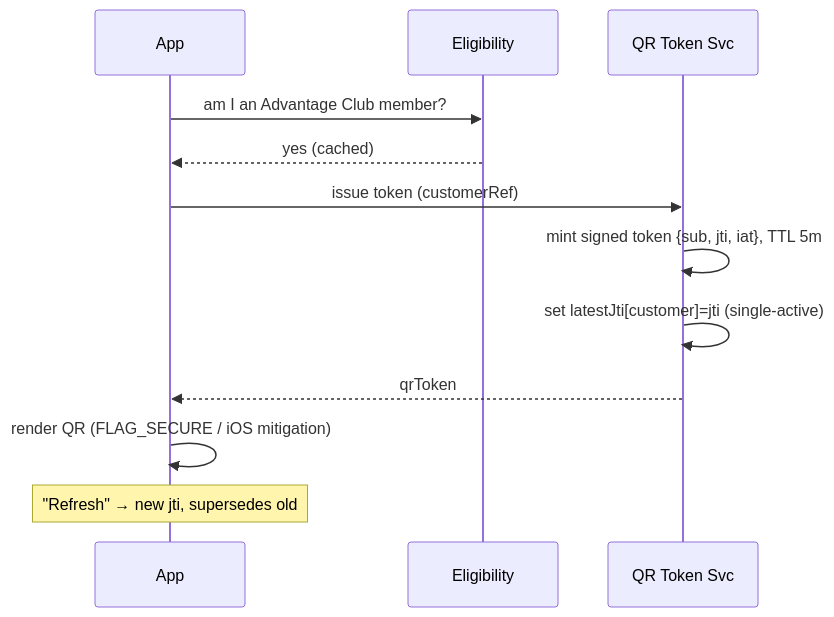
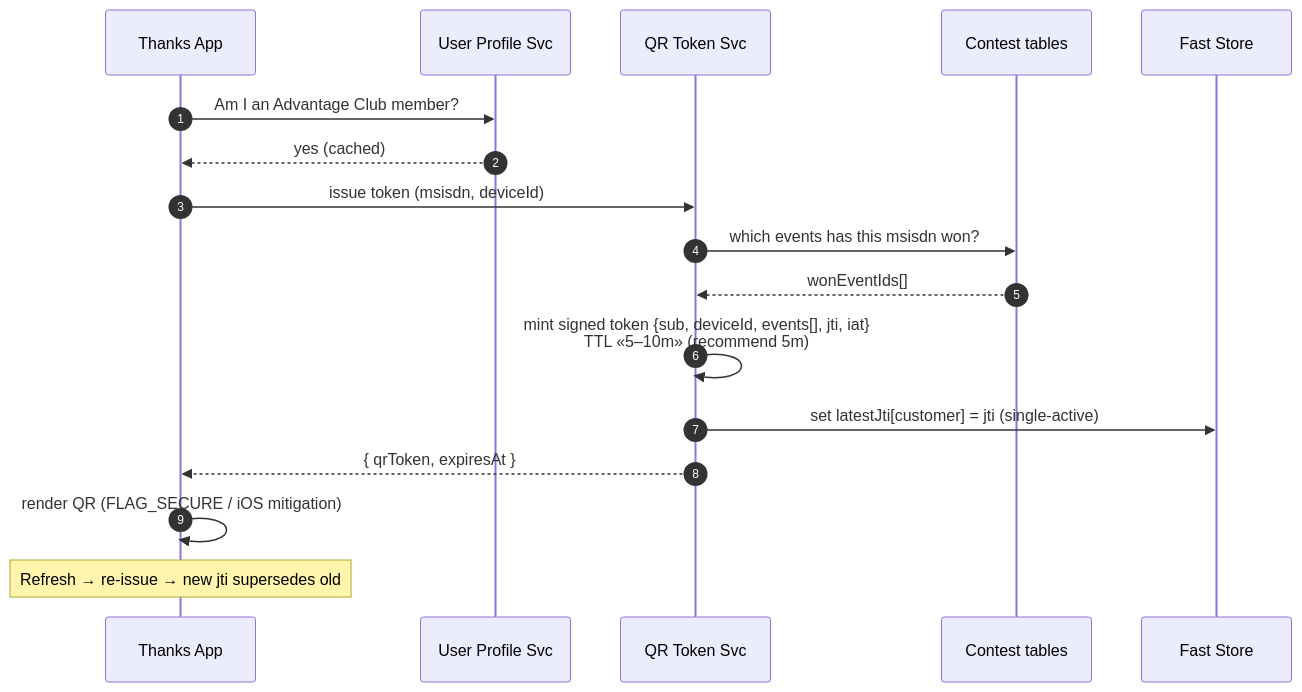
One commit to Amitpawar503/lazzy changed the sixth of 14 diagrams in docs/digital-membership/03-hld.md. Above: the diagram before and after it, drawn with Mermaid. The commit also changed other lines of this file and 4 other files, not shown here.

First line of the commit message:
docs: revise HLD/LLD per review — drop OTP, MSISDN-only whitelist, won-events in QR, contest tables

````diff
--- a/docs/digital-membership/03-hld.md
+++ b/docs/digital-membership/03-hld.md
@@ -92,14 +294,22 @@
 ```mermaid
 sequenceDiagram
-  participant App
-  participant Elig as Eligibility
+  autonumber
+  participant App as Thanks App
+  participant UP as User Profile Svc
   participant QRS as QR Token Svc
-  App->>Elig: am I an Advantage Club member?
-  Elig-->>App: yes (cached)
-  App->>QRS: issue token (customerRef)
-  QRS->>QRS: mint signed token {sub, jti, iat}, TTL 5m
-  QRS->>QRS: set latestJti[customer]=jti (single-active)
-  QRS-->>App: qrToken
+  participant CON as Contest tables
+  participant Store as Fast Store
+
+  App->>UP: Am I an Advantage Club member?
+  UP-->>App: yes (cached)
+
+  App->>QRS: issue token (msisdn, deviceId)
+  QRS->>CON: which events has this msisdn won?
+  CON-->>QRS: wonEventIds[]
+  QRS->>QRS: mint signed token {sub, deviceId, events[], jti, iat}<br/>TTL «5–10m» (recommend 5m)
+  QRS->>Store: set latestJti[customer] = jti (single-active)
+  QRS-->>App: { qrToken, expiresAt }
+
   App->>App: render QR (FLAG_SECURE / iOS mitigation)
-  Note over App: "Refresh" → new jti, supersedes old
+  Note over App: Refresh → re-issue → new jti supersedes old
 ```
````
